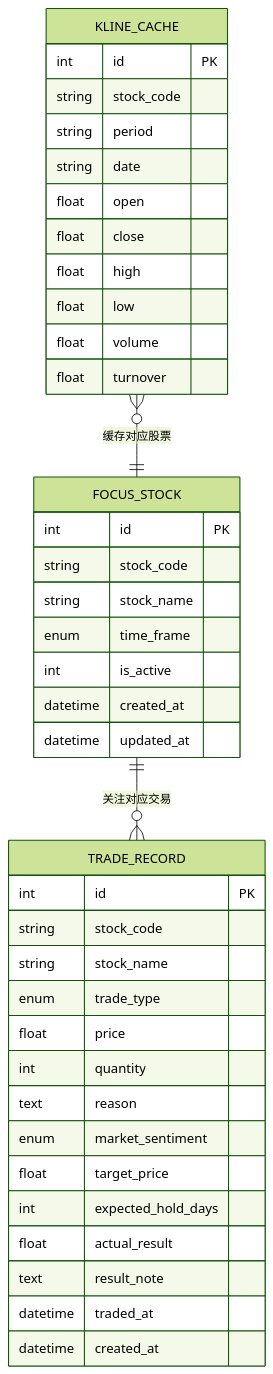
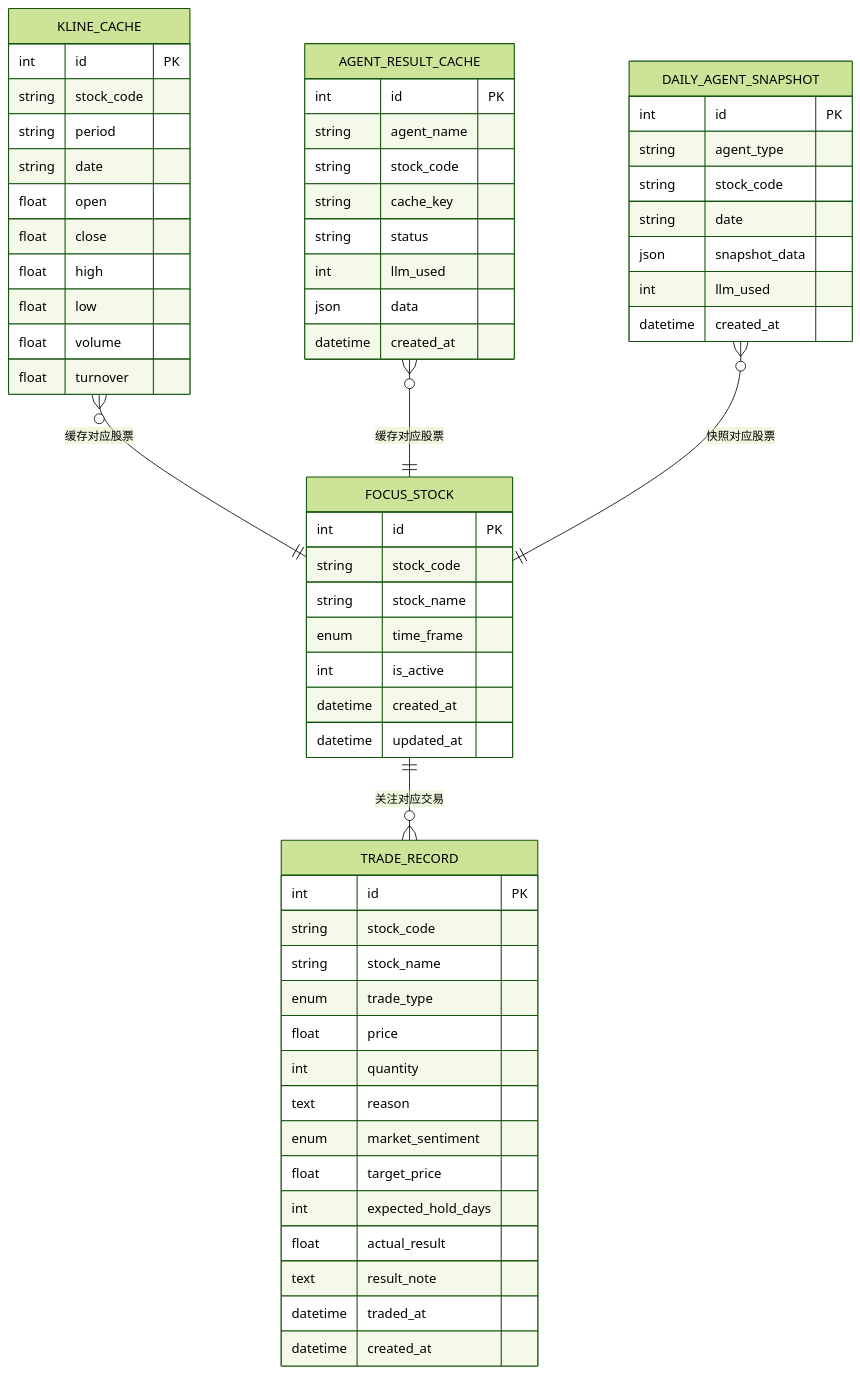
The ninth of 10 diagrams in .qoder/repowiki/zh/content/核心功能/技术面分析系统/技术面分析系统.md (Moruime/stock_foker), drawn with Mermaid (forest theme) before and after one commit. The commit also changed other lines of this file and 52 other files, not shown here.

````diff
--- a/.qoder/repowiki/zh/content/核心功能/技术面分析系统/技术面分析系统.md
+++ b/.qoder/repowiki/zh/content/核心功能/技术面分析系统/技术面分析系统.md
@@ -459,42 +542,63 @@
 ```mermaid
 erDiagram
 FOCUS_STOCK {
 int id PK
 string stock_code
 string stock_name
 enum time_frame
 int is_active
 datetime created_at
 datetime updated_at
 }
 TRADE_RECORD {
 int id PK
 string stock_code
 string stock_name
 enum trade_type
 float price
 int quantity
 text reason
 enum market_sentiment
 float target_price
 int expected_hold_days
 float actual_result
 text result_note
 datetime traded_at
 datetime created_at
 }
 KLINE_CACHE {
 int id PK
 string stock_code
 string period
 string date
 float open
 float close
 float high
 float low
 float volume
 float turnover
 }
+AGENT_RESULT_CACHE {
+int id PK
+string agent_name
+string stock_code
+string cache_key
+string status
+int llm_used
+json data
+datetime created_at
+}
+DAILY_AGENT_SNAPSHOT {
+int id PK
+string agent_type
+string stock_code
+string date
+json snapshot_data
+int llm_used
+datetime created_at
+}
 FOCUS_STOCK ||--o{ TRADE_RECORD : "关注对应交易"
 KLINE_CACHE }o--|| FOCUS_STOCK : "缓存对应股票"
+AGENT_RESULT_CACHE }o--|| FOCUS_STOCK : "缓存对应股票"
+DAILY_AGENT_SNAPSHOT }o--|| FOCUS_STOCK : "快照对应股票"
 ```
````
